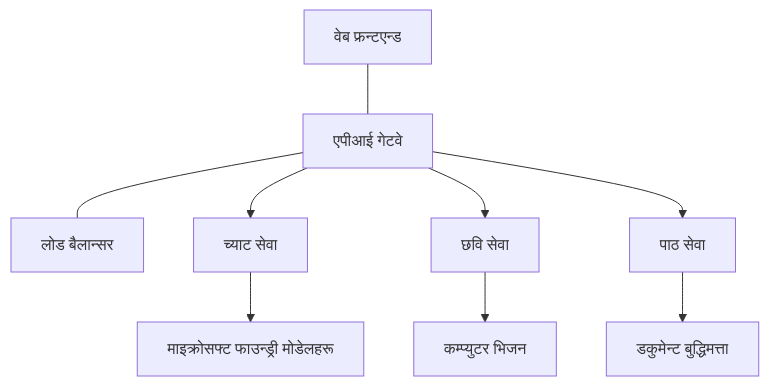
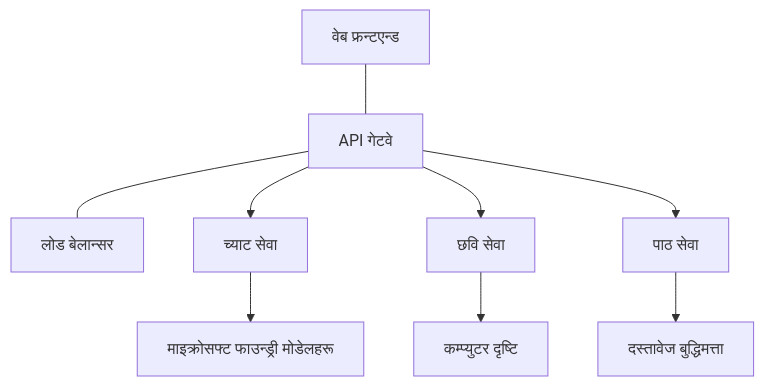
Before and after one commit to microsoft/AZD-for-beginners: the diagram in translations/ne/docs/chapter-08-production/production-ai-practices.md, drawn with Mermaid. The commit also changed other lines of this file and 104 other files, not shown here.

````diff
--- a/translations/ne/docs/chapter-08-production/production-ai-practices.md
+++ b/translations/ne/docs/chapter-08-production/production-ai-practices.md
@@ -30,10 +30,10 @@
 ```mermaid
 graph TD
-    Frontend[वेब फ्रन्टएन्ड] --- Gateway[एपीआई गेटवे] --- LB[लोड बैलान्सर]
+    Frontend[वेब फ्रन्टएन्ड] --- Gateway[API गेटवे] --- LB[लोड बेलान्सर]
     Gateway --> Chat[च्याट सेवा]
     Gateway --> Image[छवि सेवा]
     Gateway --> Text[पाठ सेवा]
     Chat --> OpenAI[माइक्रोसफ्ट फाउन्ड्री मोडेलहरू]
-    Image --> Vision[कम्प्युटर भिजन]
-    Text --> DocIntel[डकुमेन्ट बुद्धिमत्ता]
+    Image --> Vision[कम्प्युटर दृष्टि]
+    Text --> DocIntel[दस्तावेज बुद्धिमत्ता]
 ```
````
